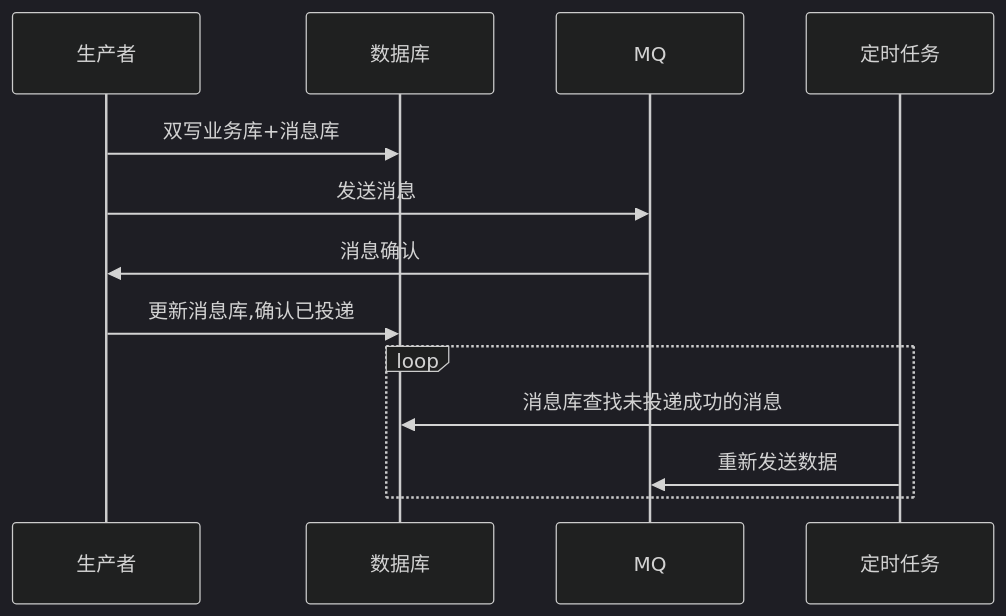
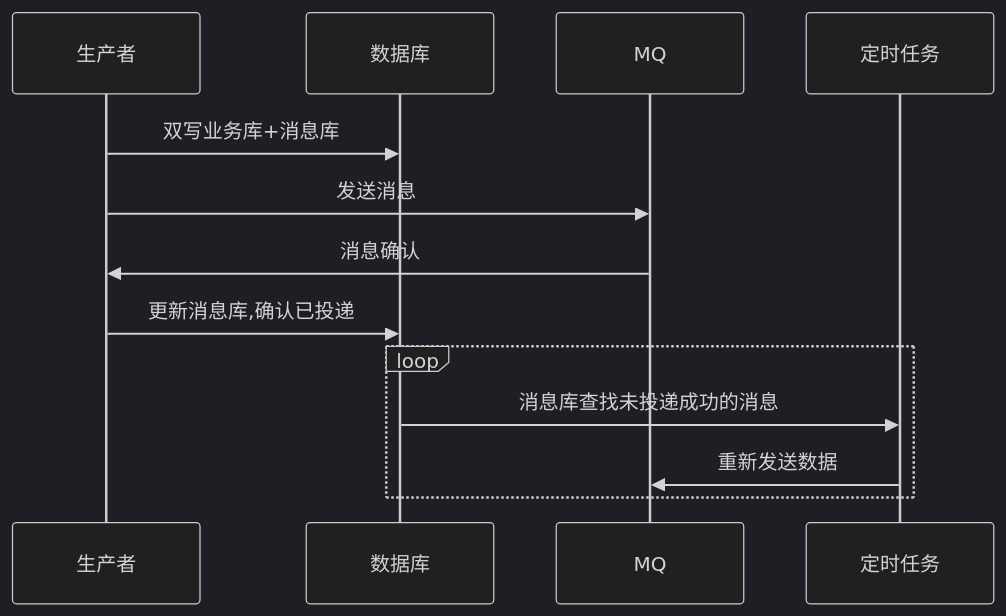
The seventh of 8 diagrams in doc/中间件/消息队列/消息队列.md (0xcaffebabe/note), drawn with Mermaid (dark theme) before and after one commit. The commit also changed other lines of this file and 5 other files, not shown here.

````diff
--- a/doc/中间件/消息队列/消息队列.md
+++ b/doc/中间件/消息队列/消息队列.md
@@ -356,11 +356,11 @@
 ```mermaid
 sequenceDiagram
   生产者 ->> 数据库: 双写业务库+消息库
   生产者 ->> MQ: 发送消息
   MQ ->> 生产者: 消息确认
   生产者 ->> 数据库: 更新消息库,确认已投递
   loop
-    定时任务 ->> 数据库: 消息库查找未投递成功的消息
+    数据库 ->> 定时任务: 消息库查找未投递成功的消息
     定时任务 ->> MQ: 重新发送数据
   end
 ```
````
